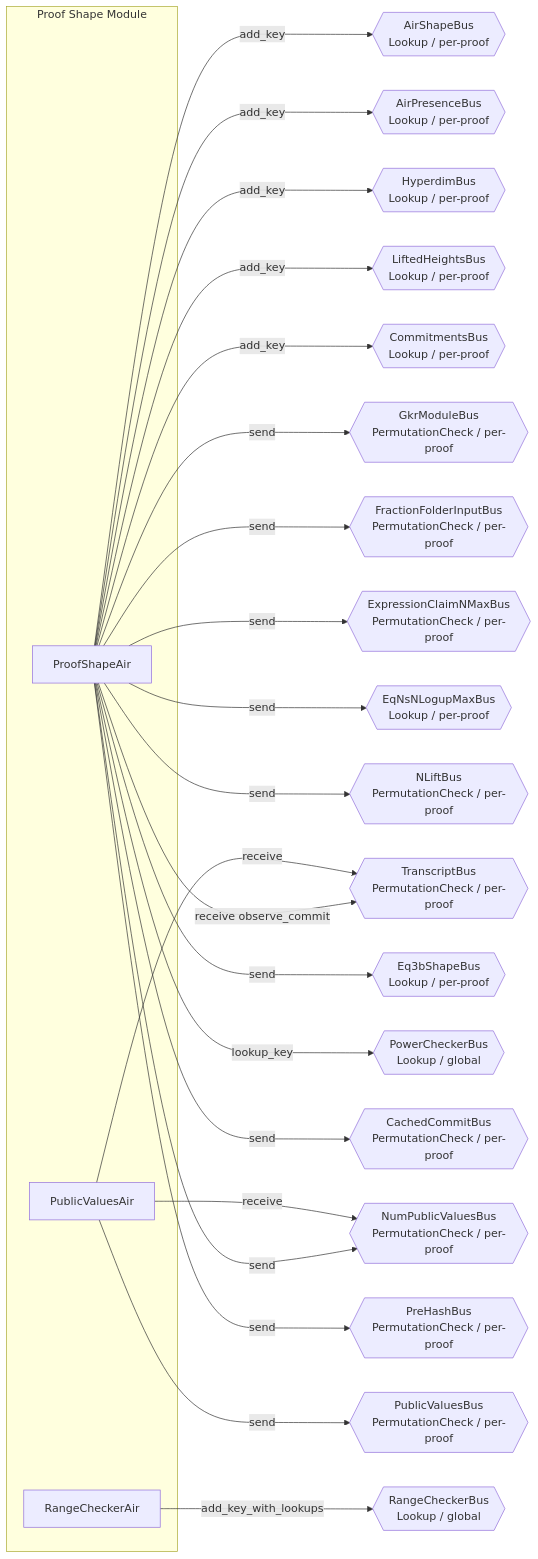
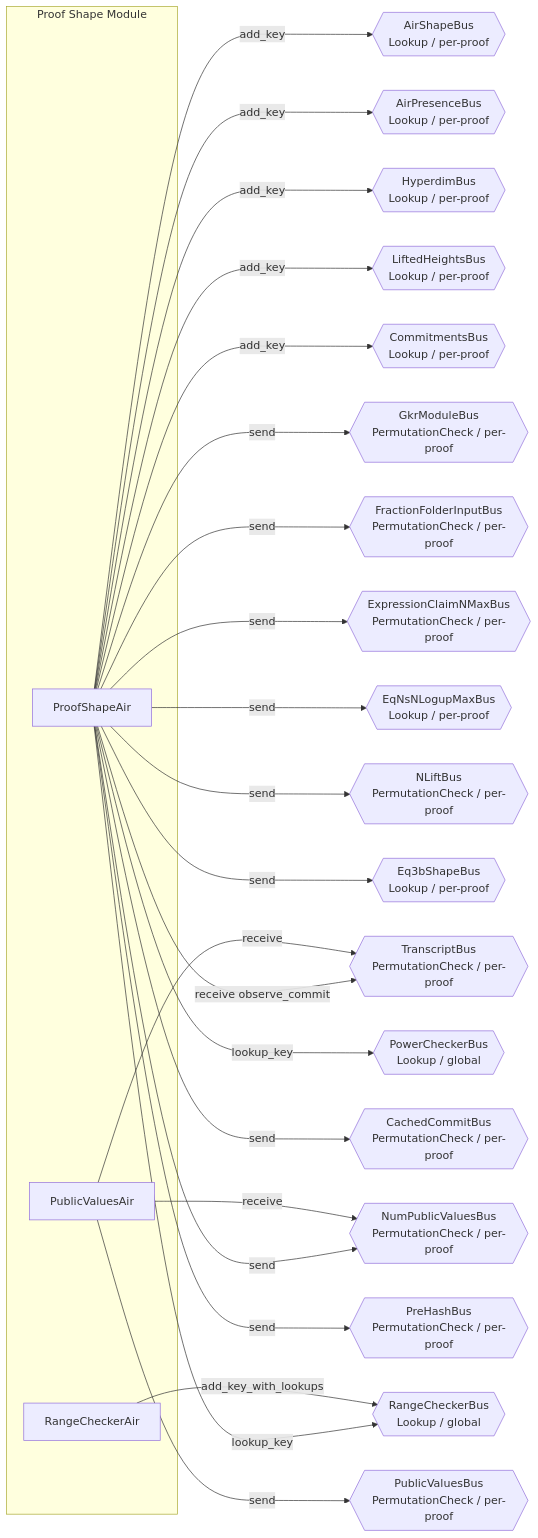
Before and after one commit to openvm-org/openvm: the diagram in docs/crates/recursion/modules/proof-shape/airs.md, drawn with Mermaid. The commit also changed other lines of this file and 3 other files, not shown here.

````diff
--- a/docs/crates/recursion/modules/proof-shape/airs.md
+++ b/docs/crates/recursion/modules/proof-shape/airs.md
@@ -7,51 +7,52 @@
 ```mermaid
 graph LR
     subgraph "Proof Shape Module"
         PSA[ProofShapeAir]
         PVA[PublicValuesAir]
         RCA[RangeCheckerAir]
     end
 
     TB{{TranscriptBus<br/>PermutationCheck / per-proof}}
     ASB{{AirShapeBus<br/>Lookup / per-proof}}
     HDB{{HyperdimBus<br/>Lookup / per-proof}}
     LHB{{LiftedHeightsBus<br/>Lookup / per-proof}}
     CB{{CommitmentsBus<br/>Lookup / per-proof}}
     PVB{{PublicValuesBus<br/>PermutationCheck / per-proof}}
     NPVB{{NumPublicValuesBus<br/>PermutationCheck / per-proof}}
     GMB{{GkrModuleBus<br/>PermutationCheck / per-proof}}
     FFB{{FractionFolderInputBus<br/>PermutationCheck / per-proof}}
     ECNB{{ExpressionClaimNMaxBus<br/>PermutationCheck / per-proof}}
     NLB{{NLiftBus<br/>PermutationCheck / per-proof}}
     RCB{{RangeCheckerBus<br/>Lookup / global}}
 
     APB{{AirPresenceBus<br/>Lookup / per-proof}}
     E3SB{{Eq3bShapeBus<br/>Lookup / per-proof}}
     ENLMB{{EqNsNLogupMaxBus<br/>Lookup / per-proof}}
     POWB{{PowerCheckerBus<br/>Lookup / global}}
     CCBUS{{CachedCommitBus<br/>PermutationCheck / per-proof}}
     PHB{{PreHashBus<br/>PermutationCheck / per-proof}}
 
     PSA -- "add_key" --> ASB
     PSA -- "add_key" --> APB
     PSA -- "add_key" --> HDB
     PSA -- "add_key" --> LHB
     PSA -- "add_key" --> CB
     PSA -- "receive observe_commit" --> TB
     PSA -- "send" --> GMB
     PSA -- "send" --> FFB
     PSA -- "send" --> ECNB
     PSA -- "send" --> ENLMB
     PSA -- "send" --> NLB
     PSA -- "send" --> E3SB
     PSA -- "send" --> NPVB
+    PSA -- "lookup_key" --> RCB
     PSA -- "lookup_key" --> POWB
     PSA -- "send" --> CCBUS
     PSA -- "send" --> PHB
 
     PVA -- "send" --> PVB
     PVA -- "receive" --> TB
     PVA -- "receive" --> NPVB
 
     RCA -- "add_key_with_lookups" --> RCB
 ```
````
